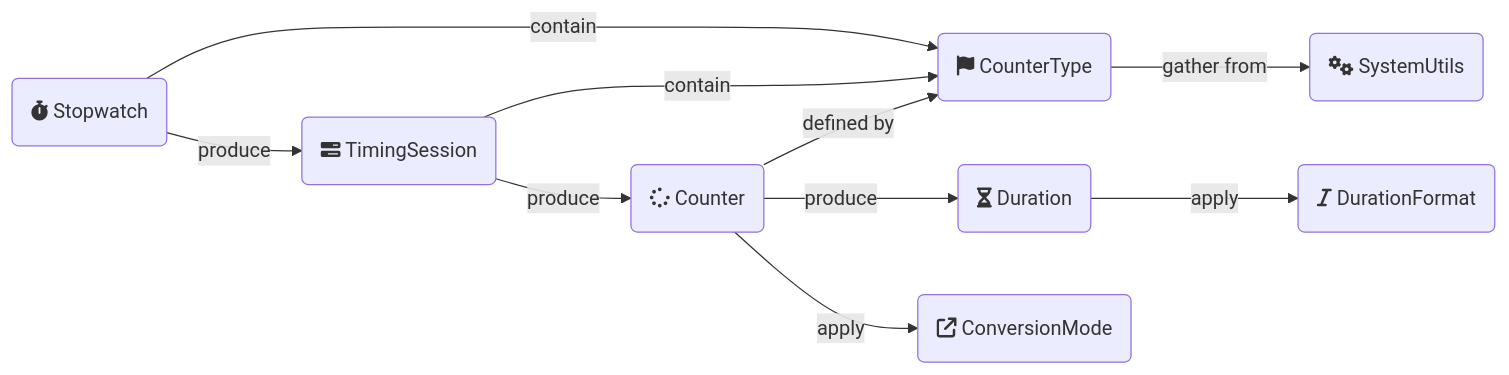
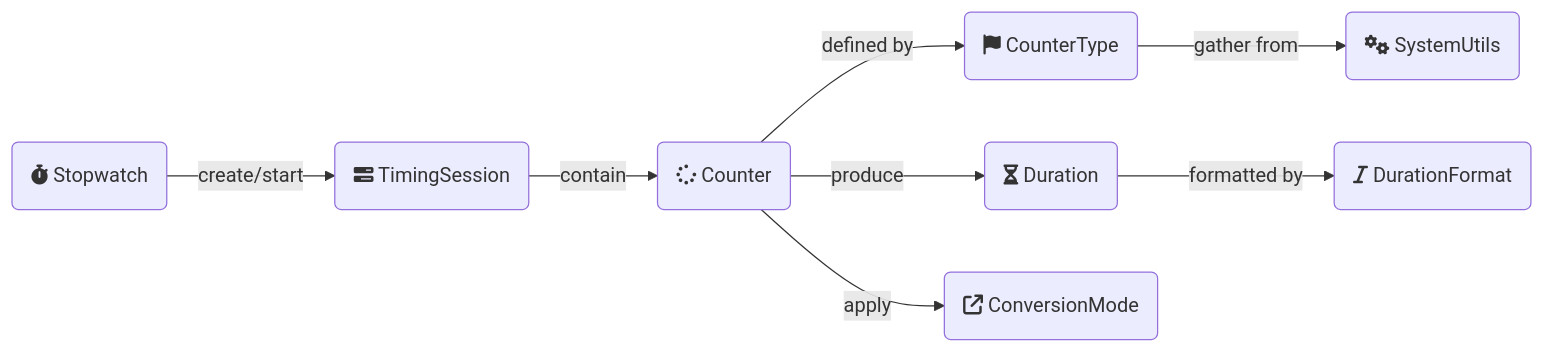
Before and after one commit to oswaldobapvicjr/performetrics: the second of 2 diagrams in README.md, drawn with Mermaid. The commit also changed other lines of this file, not shown here.

````diff
--- a/README.md
+++ b/README.md
@@ -256,22 +256,19 @@
 ```mermaid
 flowchart LR
-
   S(fa:fa-stopwatch Stopwatch)
   T(fa:fa-bars-progress TimingSession)
   CT(fa:fa-flag CounterType)
   C(fa:fa-spinner Counter)
   D(fa:fa-hourglass-half Duration)
   CM(fa:fa-arrow-up-right-from-square ConversionMode)
   DF(fa:fa-italic DurationFormat)
   SU(fa:fa-gears SystemUtils)
 
-  S --contain--> CT
-  S --produce--> T
-  T --contain--> CT
-  T --produce--> C
-  C --defined by--> CT
-  C --produce--> D
-  C --apply--> CM
-  D --apply--> DF
-  CT --gather from--> SU
+  S -->|create/start| T
+  T -->|contain| C
+  C -->|defined by| CT
+  C -->|produce| D
+  C -->|apply| CM
+  D -->|formatted by| DF
+  CT -->|gather from| SU
 ```
````
